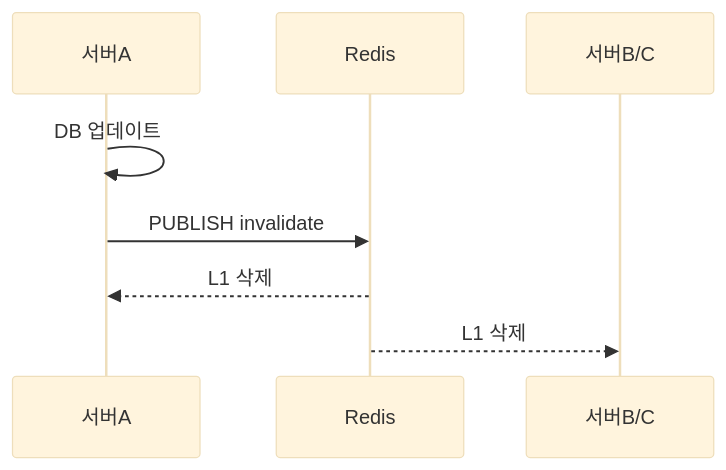
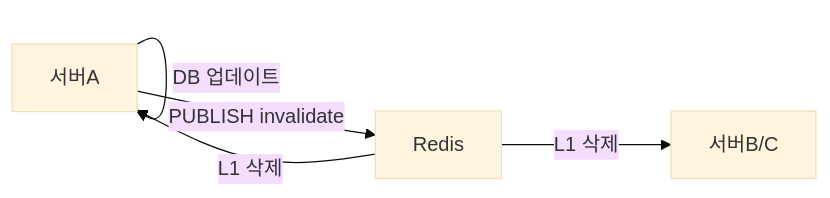
The sixth of 8 diagrams in _posts/caching/2026-05-03-cache-invalidation.md (yjkim2015/yjkim2015.github.io), drawn with Mermaid (base theme) before and after one commit. The commit also changed other lines of this file and 32 other files, not shown here.

First line of the commit message:
sequenceDiagram 82개 → graph LR 변환 완료

````diff
--- a/_posts/caching/2026-05-03-cache-invalidation.md
+++ b/_posts/caching/2026-05-03-cache-invalidation.md
@@ -410,10 +407,7 @@
 ```mermaid
-sequenceDiagram
-    participant S1 as 서버A
-    participant Redis as Redis
-    participant S2 as 서버B/C
-    S1->>S1: DB 업데이트
-    S1->>Redis: PUBLISH invalidate
-    Redis-->>S1: L1 삭제
-    Redis-->>S2: L1 삭제
+graph LR
+    S1["서버A"] -->|"DB 업데이트"| S1
+    S1 -->|"PUBLISH invalidate"| Redis["Redis"]
+    Redis -->|"L1 삭제"| S1
+    Redis -->|"L1 삭제"| S2["서버B/C"]
 ```
````
